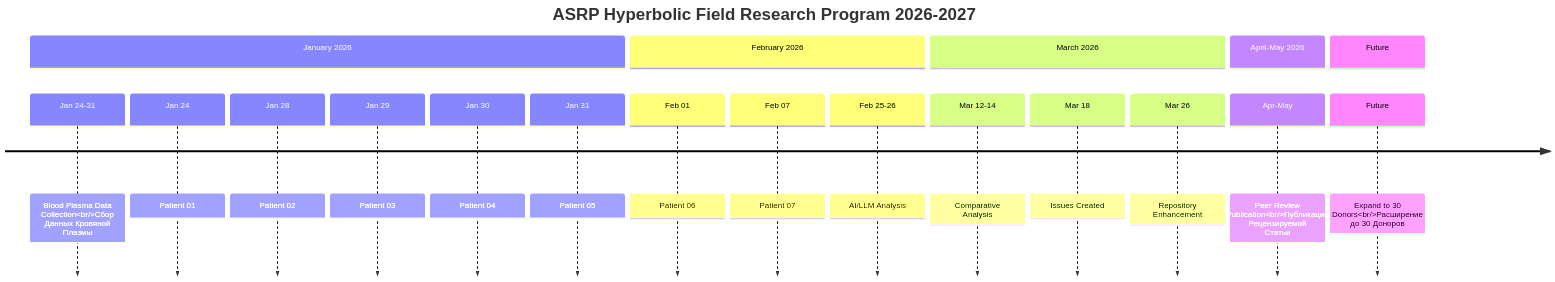
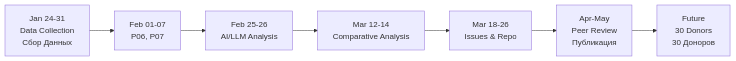
Before and after one commit to AdvancedScientificResearchProjects/Hyperbolic_Field_BloodPlasma_Study: the fourth of 4 diagrams in ADVANCED_SCIENTIFIC_RESEARCH_PROJECTS/Hyperbolic_Field_BloodPlasma_Study/ISSUE_2_UPDATED.md, drawn with Mermaid. The commit also changed other lines of this file and 27 other files, not shown here.

````diff
--- a/ADVANCED_SCIENTIFIC_RESEARCH_PROJECTS/Hyperbolic_Field_BloodPlasma_Study/ISSUE_2_UPDATED.md
+++ b/ADVANCED_SCIENTIFIC_RESEARCH_PROJECTS/Hyperbolic_Field_BloodPlasma_Study/ISSUE_2_UPDATED.md
@@ -236,23 +236,9 @@
 ```mermaid
-timeline
-    title ASRP Hyperbolic Field Research Program 2026-2027
-    section January 2026
-        Jan 24-31 : Blood Plasma Data Collection<br/>Сбор Данных Кровяной Плазмы
-        Jan 24 : Patient 01
-        Jan 28 : Patient 02
-        Jan 29 : Patient 03
-        Jan 30 : Patient 04
-        Jan 31 : Patient 05
-    section February 2026
-        Feb 01 : Patient 06
-        Feb 07 : Patient 07
-        Feb 25-26 : AI/LLM Analysis
-    section March 2026
-        Mar 12-14 : Comparative Analysis
-        Mar 18 : Issues Created
-        Mar 26 : Repository Enhancement
-    section April-May 2026
-        Apr-May : Peer Review Publication<br/>Публикация Рецензируемой Статьи
-    section Future
-        Future : Expand to 30 Donors<br/>Расширение до 30 Доноров
+flowchart LR
+    A["Jan 24-31<br/>Data Collection<br/>Сбор Данных"] --> B["Feb 01-07<br/>P06, P07"]
+    B --> C["Feb 25-26<br/>AI/LLM Analysis"]
+    C --> D["Mar 12-14<br/>Comparative Analysis"]
+    D --> E["Mar 18-26<br/>Issues & Repo"]
+    E --> F["Apr-May<br/>Peer Review<br/>Публикация"]
+    F --> G["Future<br/>30 Donors<br/>30 Доноров"]
 ```
````
